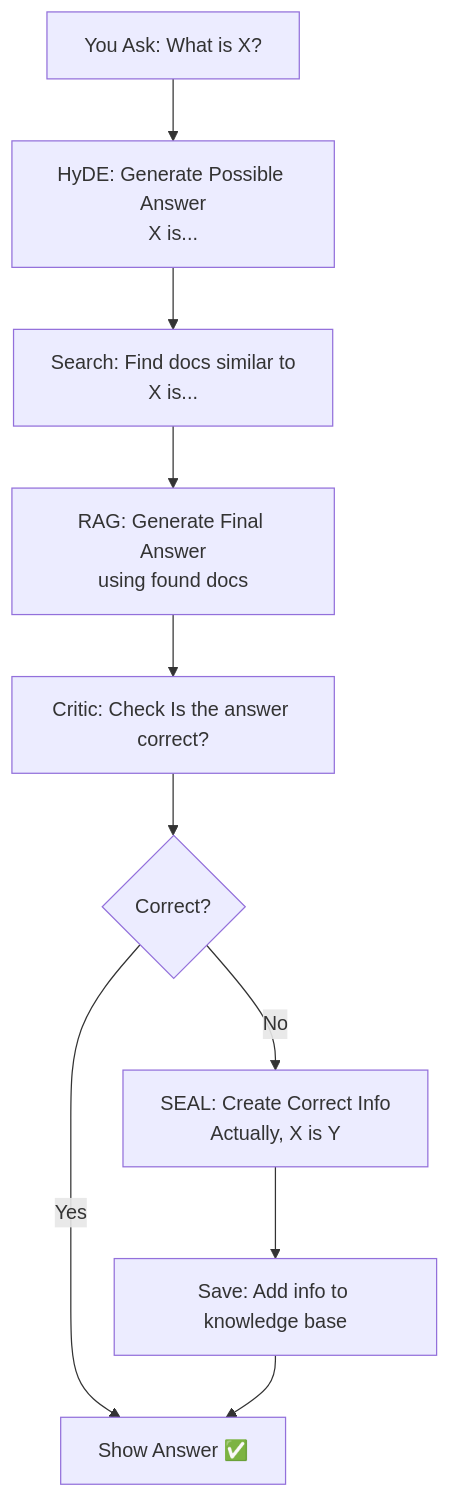
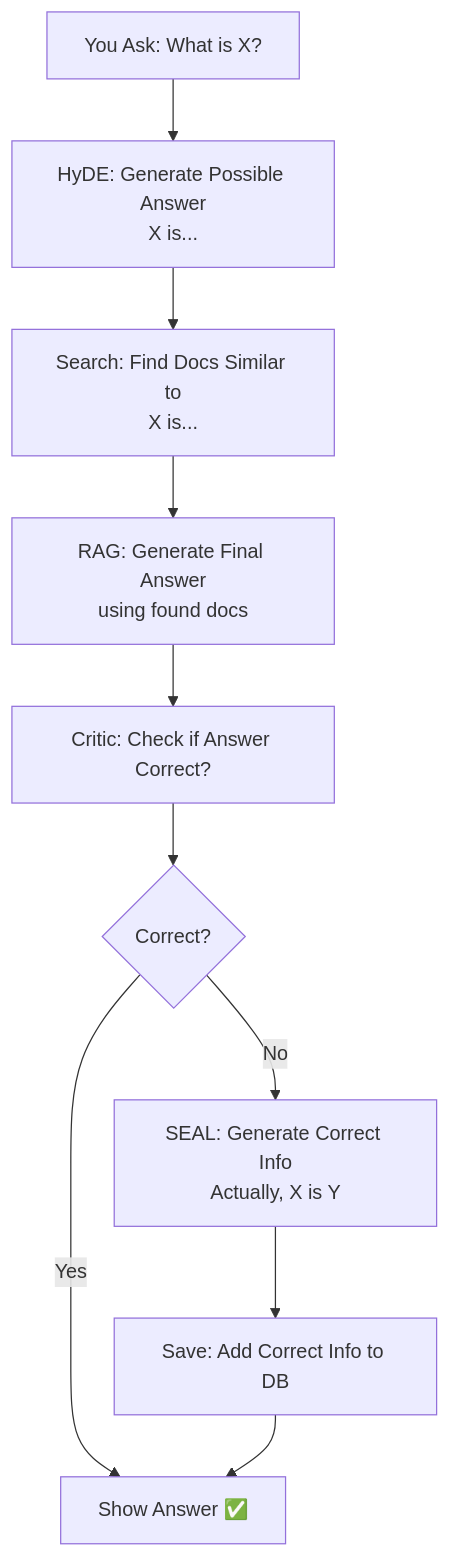
Before and after one commit to ayushsyntax/Reasona: the first of 3 diagrams in README.md, drawn with Mermaid. The commit also changed other lines of this file and 1 other file, not shown here.

````diff
--- a/README.md
+++ b/README.md
@@ -38,12 +41,12 @@
 ```mermaid
 graph TD
     A[You Ask: What is X?] --> B[HyDE: Generate Possible Answer<br/>X is...]
-    B --> C[Search: Find docs similar to<br/>X is...]
+    B --> C[Search: Find Docs Similar to<br/>X is...]
     C --> D[RAG: Generate Final Answer<br/>using found docs]
-    D --> E[Critic: Check Is the answer correct?]
+    D --> E[Critic: Check if Answer Correct?]
     E --> F{Correct?}
     F -->|Yes| G[Show Answer ✅]
-    F -->|No| H[SEAL: Create Correct Info<br/>Actually, X is Y]
-    H --> I[Save: Add info to knowledge base]
+    F -->|No| H[SEAL: Generate Correct Info<br/>Actually, X is Y]
+    H --> I[Save: Add Correct Info to DB]
     I --> G
 ```
````
